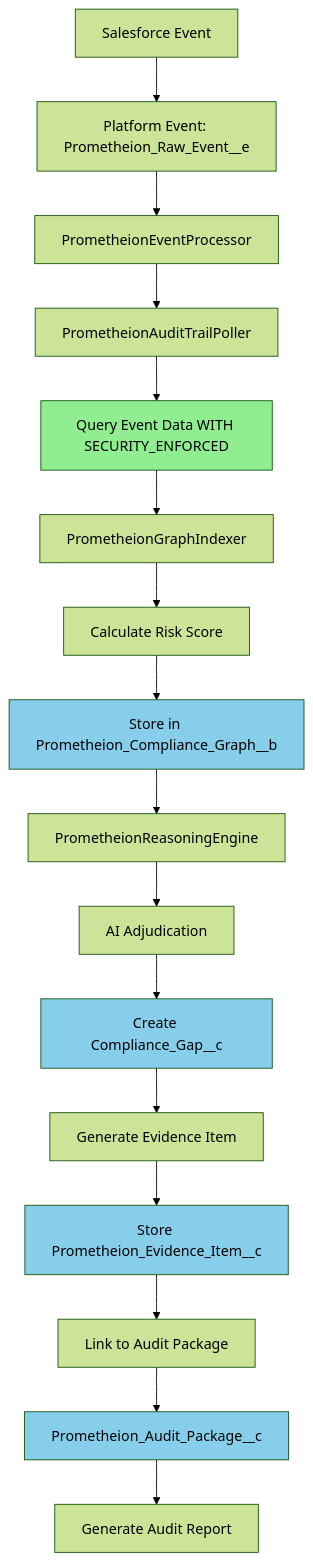
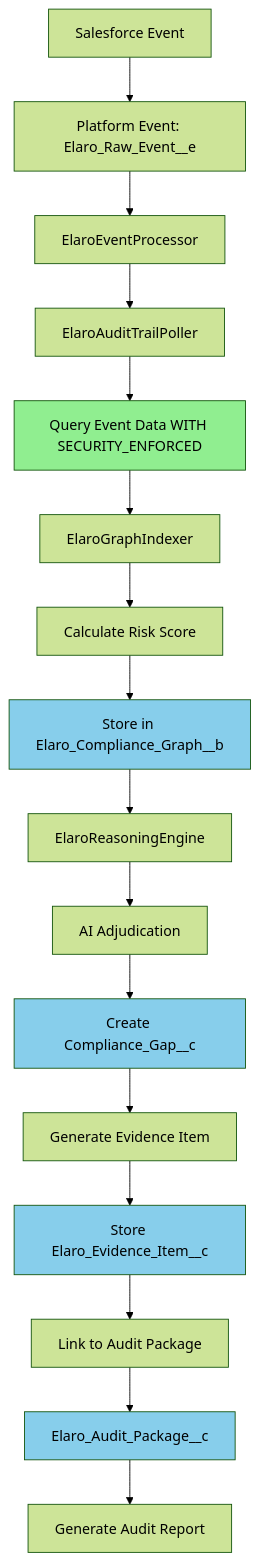
Before and after one commit to derickporter1993/Solentra---Prometheion: the fourth of 6 diagrams in docs/DATA_FLOWS.md, drawn with Mermaid (forest theme). The commit also changed other lines of this file and 973 other files, not shown here.

First line of the commit message:
refactor: Rename Prometheion to Elaro across entire codebase

````diff
--- a/docs/DATA_FLOWS.md
+++ b/docs/DATA_FLOWS.md
@@ -128,24 +128,24 @@
 ```mermaid
 graph TD
-    A[Salesforce Event] --> B[Platform Event: Prometheion_Raw_Event__e]
-    B --> C[PrometheionEventProcessor]
-    C --> D[PrometheionAuditTrailPoller]
+    A[Salesforce Event] --> B[Platform Event: Elaro_Raw_Event__e]
+    B --> C[ElaroEventProcessor]
+    C --> D[ElaroAuditTrailPoller]
     D --> E[Query Event Data WITH SECURITY_ENFORCED]
-    E --> F[PrometheionGraphIndexer]
+    E --> F[ElaroGraphIndexer]
     F --> G[Calculate Risk Score]
-    G --> H[Store in Prometheion_Compliance_Graph__b]
-    H --> I[PrometheionReasoningEngine]
+    G --> H[Store in Elaro_Compliance_Graph__b]
+    H --> I[ElaroReasoningEngine]
     I --> J[AI Adjudication]
     J --> K[Create Compliance_Gap__c]
     K --> L[Generate Evidence Item]
-    L --> M[Store Prometheion_Evidence_Item__c]
+    L --> M[Store Elaro_Evidence_Item__c]
     M --> N[Link to Audit Package]
-    N --> O[Prometheion_Audit_Package__c]
+    N --> O[Elaro_Audit_Package__c]
     O --> P[Generate Audit Report]
 
     style E fill:#90EE90
     style H fill:#87CEEB
     style K fill:#87CEEB
     style M fill:#87CEEB
     style O fill:#87CEEB
 ```
````
